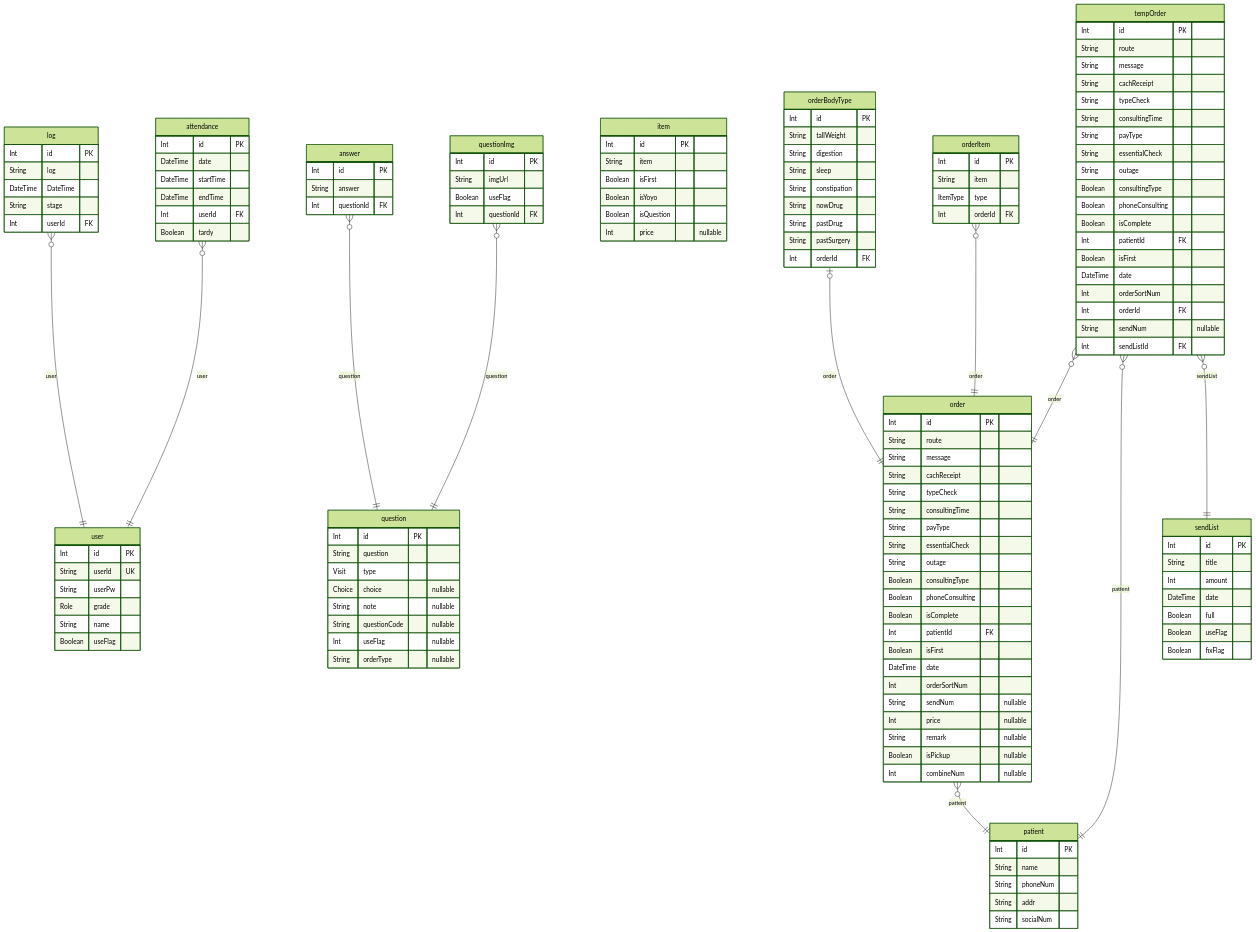
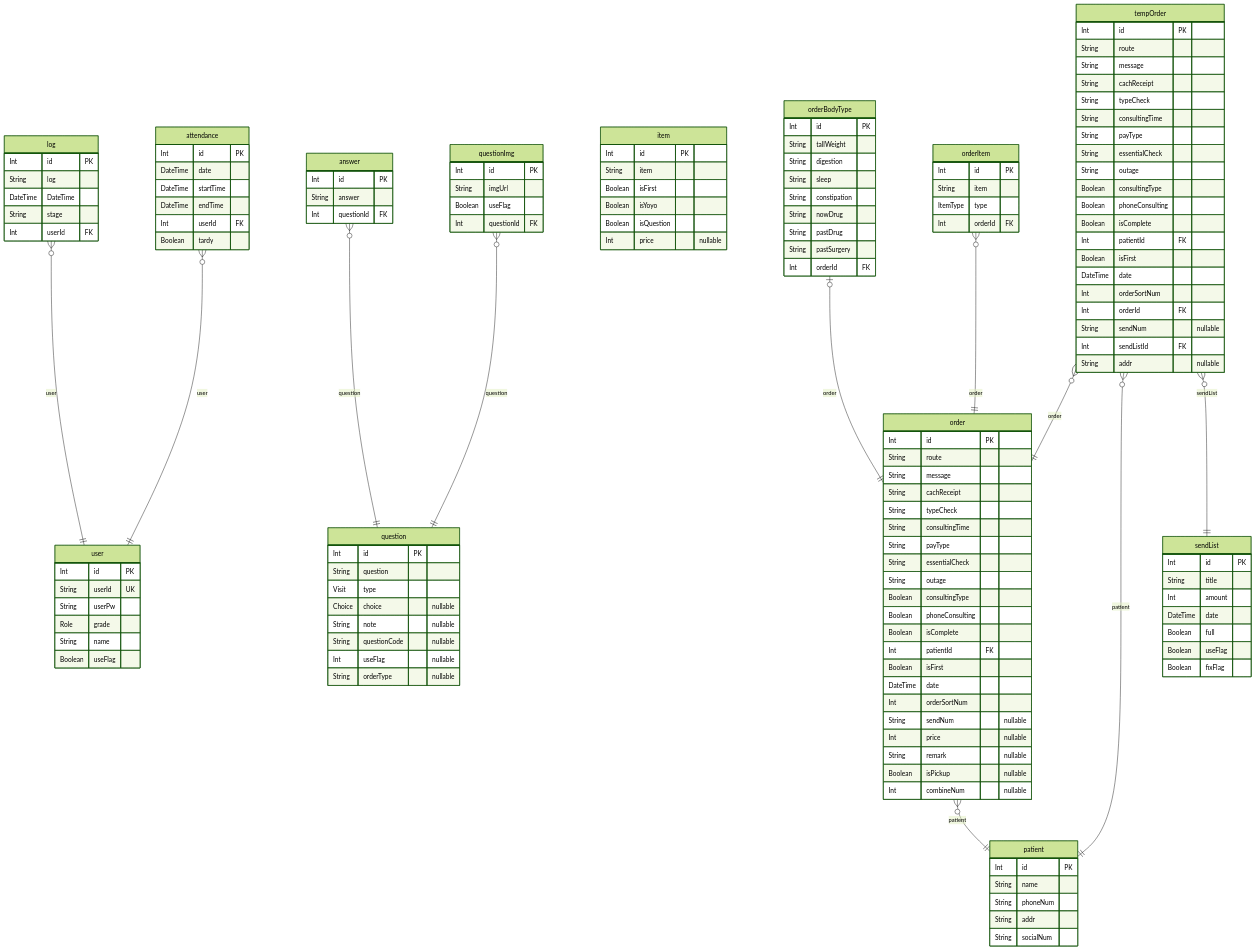
Before and after one commit to CobitionOrg/chamServer-erp: the diagram in prisma/ERD.md, drawn with Mermaid (forest theme). The commit also changed other lines of this file and 4 other files, not shown here.

```diff
--- a/prisma/ERD.md
+++ b/prisma/ERD.md
@@ -108,6 +108,7 @@
   Int orderId FK
   String sendNum "nullable"
   Int sendListId FK
+  String addr "nullable"
 }
 "sendList" {
   Int id PK
```
